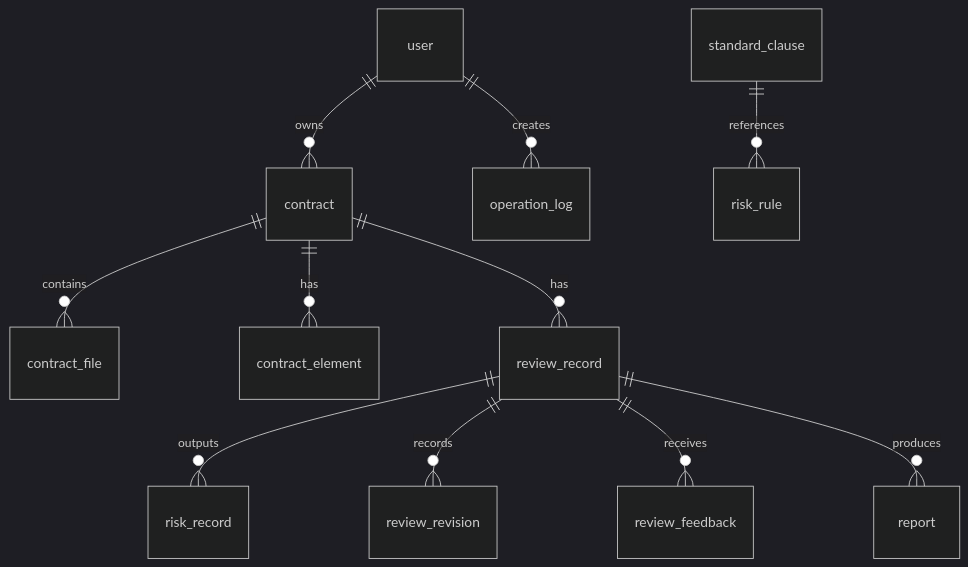
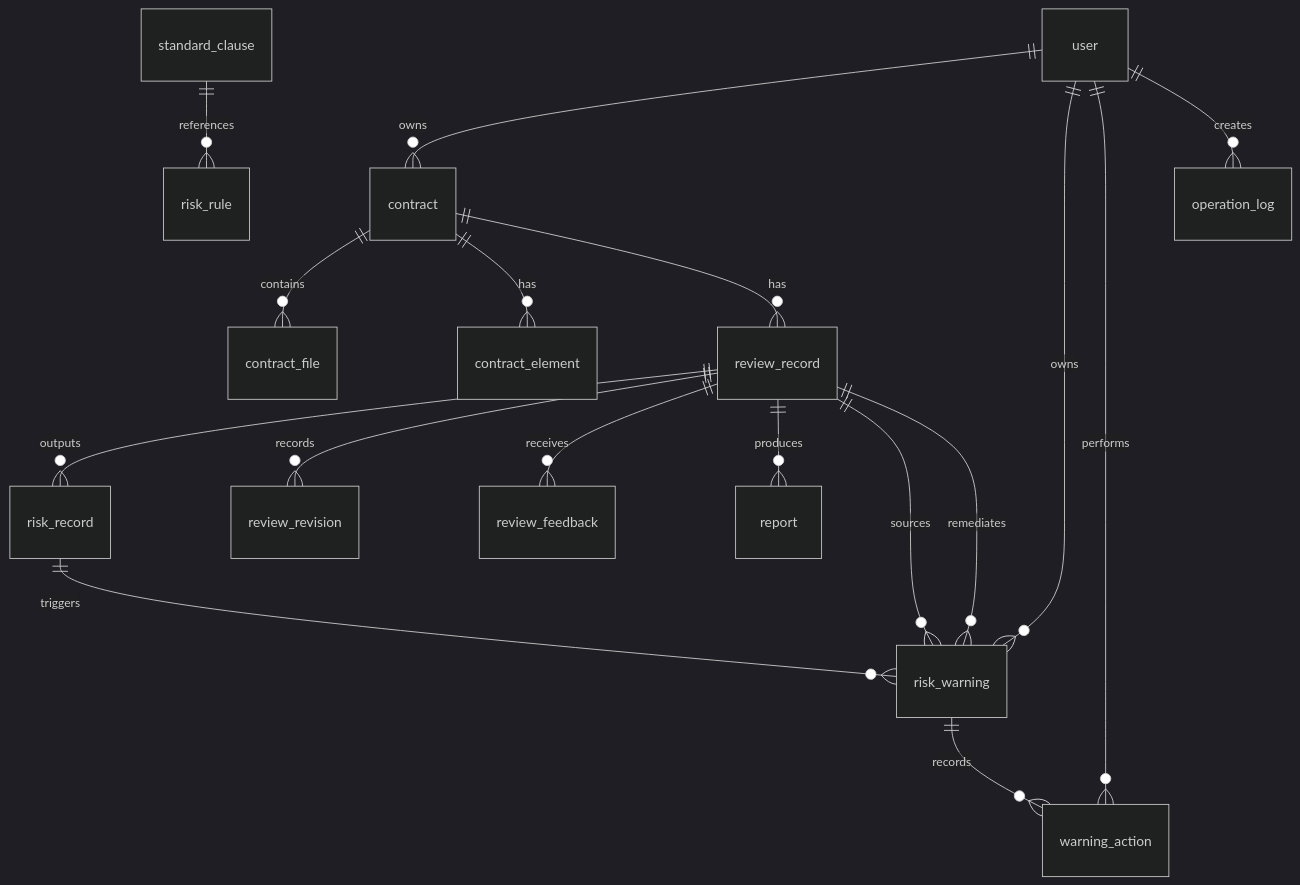
Before and after one commit to liuziwen168/A24-Contract-Audit: the diagram in docs/03-数据库设计.md, drawn with Mermaid (dark theme). The commit also changed other lines of this file and 171 other files, not shown here.

````diff
--- a/docs/03-数据库设计.md
+++ b/docs/03-数据库设计.md
@@ -24,13 +27,19 @@
 ```mermaid
 erDiagram
     user ||--o{ contract : owns
     contract ||--o{ contract_file : contains
     contract ||--o{ contract_element : has
     contract ||--o{ review_record : has
     review_record ||--o{ risk_record : outputs
     review_record ||--o{ review_revision : records
     review_record ||--o{ review_feedback : receives
     review_record ||--o{ report : produces
+    review_record ||--o{ risk_warning : sources
+    risk_record ||--o{ risk_warning : triggers
+    user ||--o{ risk_warning : owns
+    review_record ||--o{ risk_warning : remediates
+    risk_warning ||--o{ warning_action : records
+    user ||--o{ warning_action : performs
     standard_clause ||--o{ risk_rule : references
     user ||--o{ operation_log : creates
 ```
````
